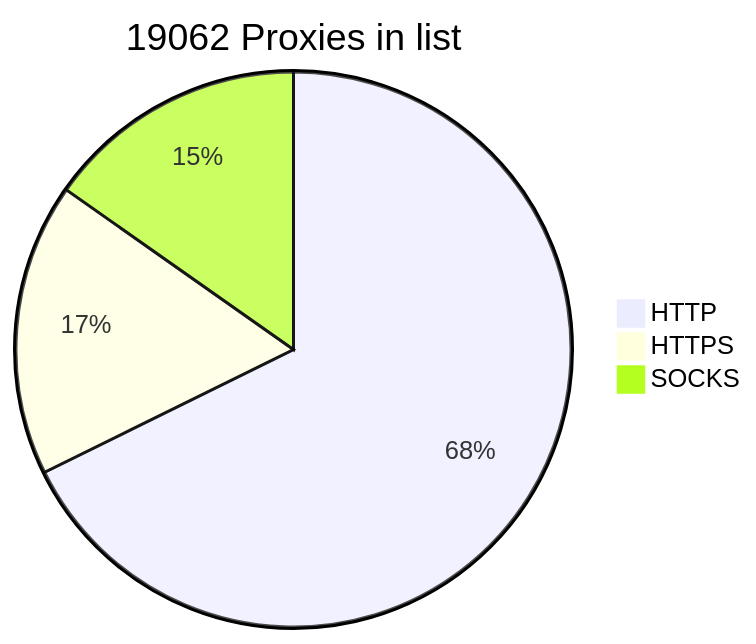
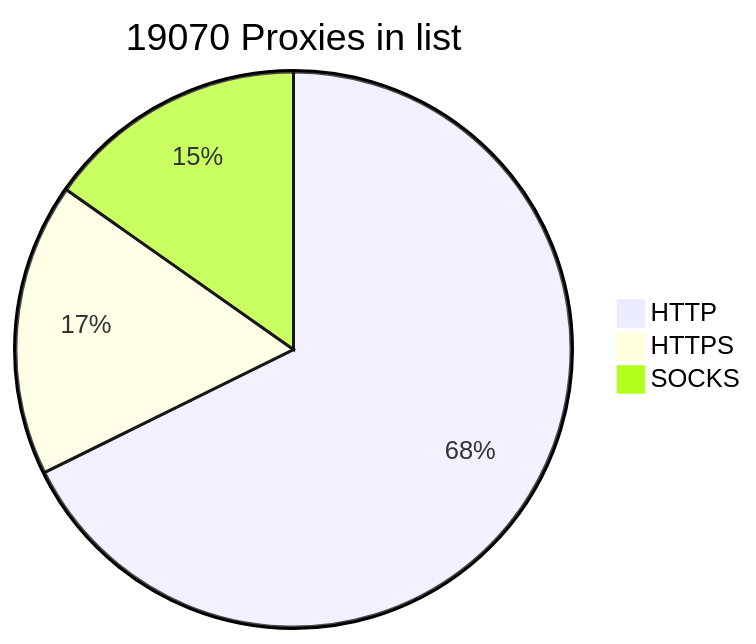
The diagram in README.md (BlackSnowDot/proxylist-update-every-minute), drawn with Mermaid before and after one commit.

````diff
--- a/README.md
+++ b/README.md
@@ -2,6 +2,6 @@
 ```mermaid
-pie title 19062 Proxies in list
-    "HTTP" : 14228
-    "HTTPS": 3582
+pie title 19070 Proxies in list
+    "HTTP" : 14231
+    "HTTPS": 3587
     "SOCKS" : 3204
 ```
````
